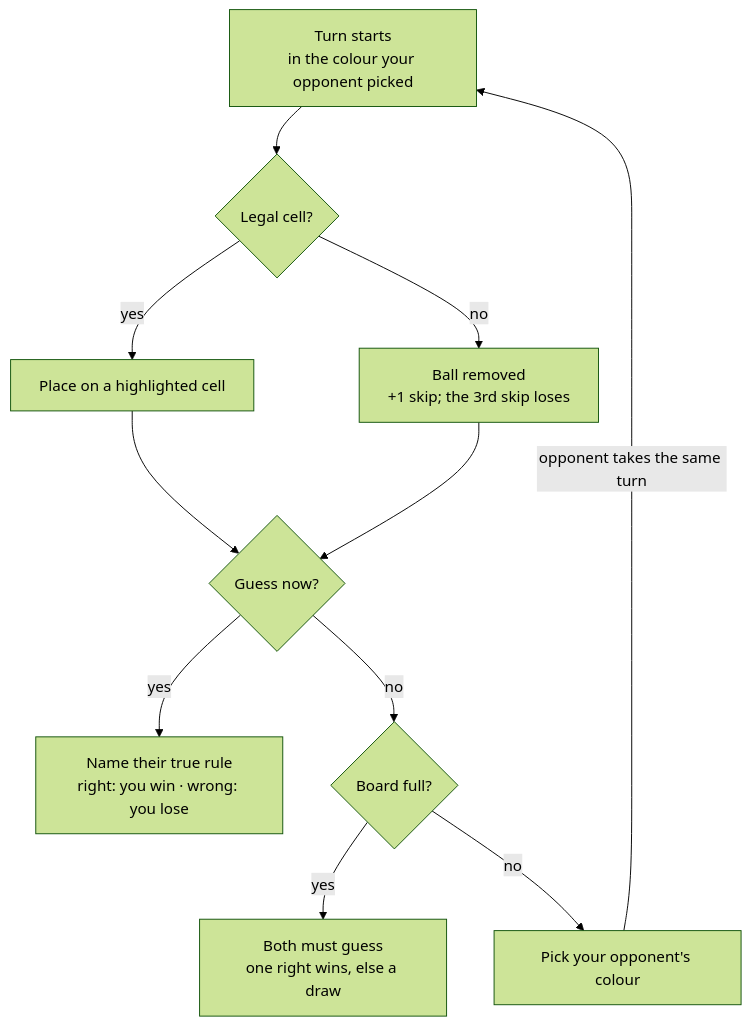
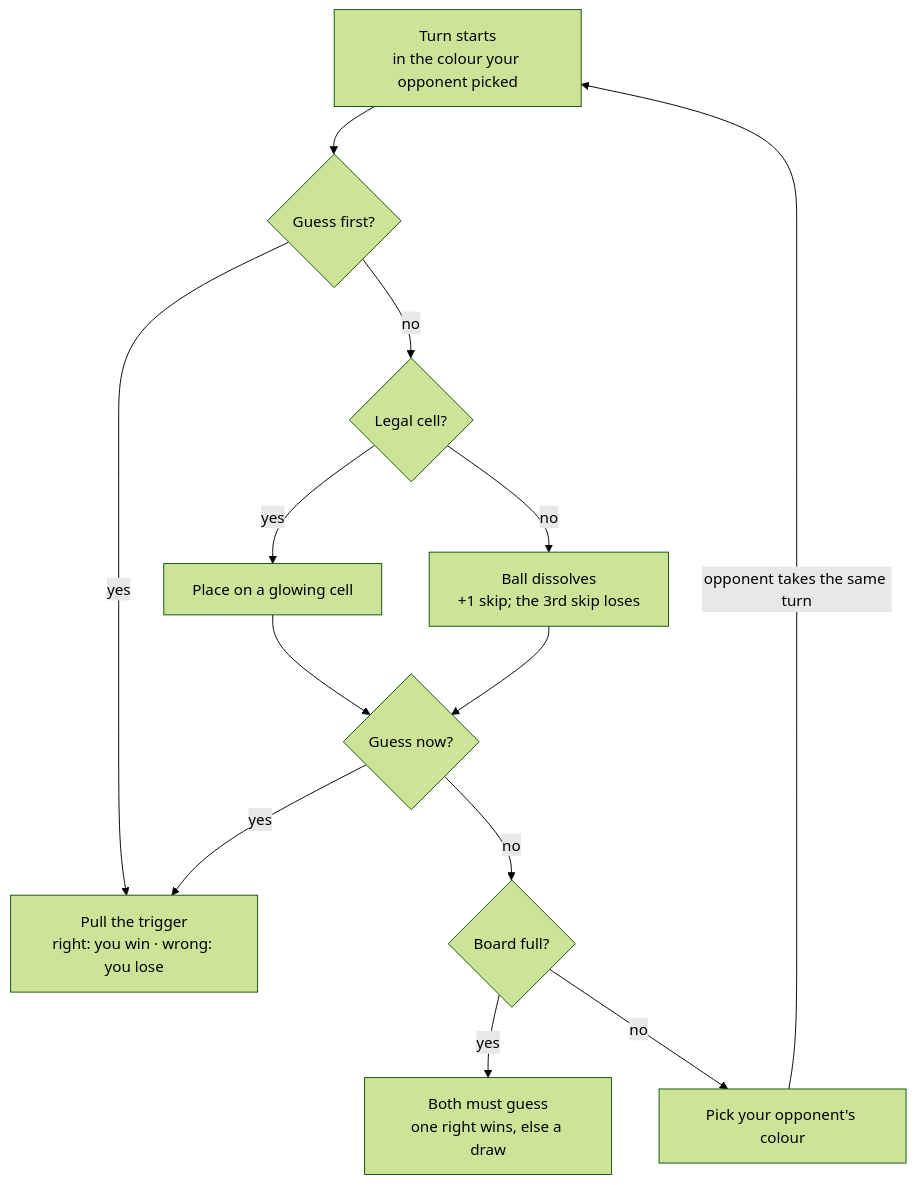
The first of 2 diagrams in docs/game-design-document.md (BlueDespero/Ballen), drawn with Mermaid (forest theme) before and after one commit. The commit also changed other lines of this file and 1 other file, not shown here.

First line of the commit message:
GDD: landscape layout, guess timing, history, feedback, Collection screen

````diff
--- a/docs/game-design-document.md
+++ b/docs/game-design-document.md
@@ -38,13 +38,15 @@
 ```mermaid
 flowchart TD
-    start["Turn starts<br/>in the colour your opponent picked"] --> legal{"Legal cell?"}
-    legal -- yes --> place["Place on a highlighted cell"]
-    legal -- no --> removed["Ball removed<br/>+1 skip; the 3rd skip loses"]
+    start["Turn starts<br/>in the colour your opponent picked"] --> first{"Guess first?"}
+    first -- yes --> trigger["Pull the trigger<br/>right: you win · wrong: you lose"]
+    first -- no --> legal{"Legal cell?"}
+    legal -- yes --> place["Place on a glowing cell"]
+    legal -- no --> removed["Ball dissolves<br/>+1 skip; the 3rd skip loses"]
     place --> guess{"Guess now?"}
     removed --> guess
-    guess -- yes --> name["Name their true rule<br/>right: you win · wrong: you lose"]
+    guess -- yes --> trigger
     guess -- no --> full{"Board full?"}
     full -- yes --> both["Both must guess<br/>one right wins, else a draw"]
     full -- no --> pick["Pick your opponent's colour"]
     pick -- "opponent takes the same turn" --> start
 ```
````
